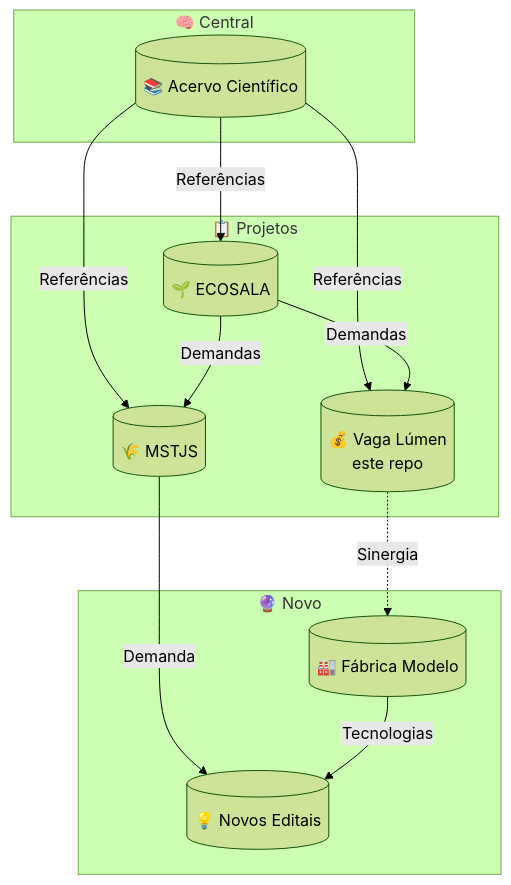
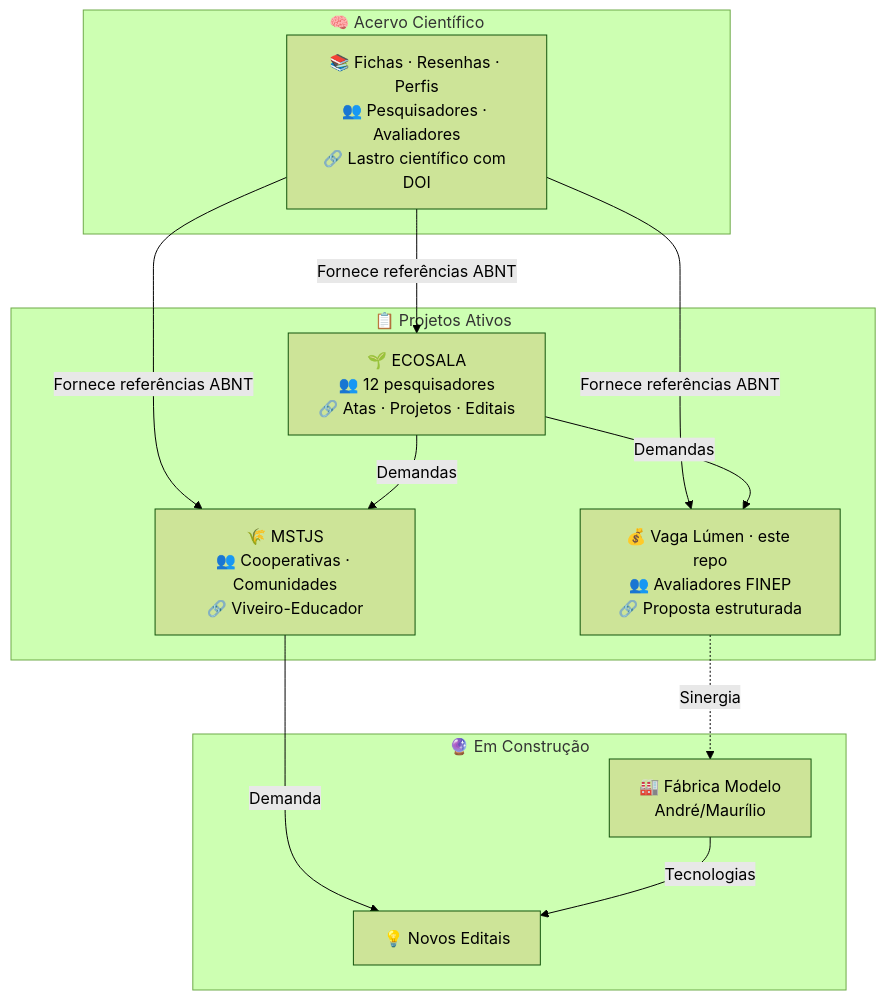
The diagram in README.md (takwaratec/fundo-vaga-lumen-2026), drawn with Mermaid (forest theme) before and after one commit. The commit also changed other lines of this file, not shown here.

Commit message:
feat: nova intro Morin + 7 Licoes Bambu, aviso seletivo, Mermaid com identidade/publico/relacao

````diff
--- a/README.md
+++ b/README.md
@@ -23,23 +21,23 @@
 ```mermaid
 flowchart TB
-    subgraph Central["🧠 Central"]
-        AC[("📚 Acervo Científico")]
+    subgraph Central["🧠 Acervo Científico"]
+        AC["📚 Fichas · Resenhas · Perfis<br/>👥 Pesquisadores · Avaliadores<br/>🔗 Lastro científico com DOI"]
     end
-    subgraph Ativos["📋 Projetos"]
-        EC[("🌱 ECOSALA")]
-        VL[("💰 Vaga Lúmen<br/>este repo")]
-        MJ[("🌾 MSTJS")]
+    subgraph Projetos["📋 Projetos Ativos"]
+        EC["🌱 ECOSALA<br/>👥 12 pesquisadores<br/>🔗 Atas · Projetos · Editais"]
+        VL["💰 Vaga Lúmen · este repo<br/>👥 Avaliadores FINEP<br/>🔗 Proposta estruturada"]
+        MJ["🌾 MSTJS<br/>👥 Cooperativas · Comunidades<br/>🔗 Viveiro-Educador"]
     end
-    subgraph Futuro["🔮 Novo"]
-        FM[("🏭 Fábrica Modelo")]
-        NB[("💡 Novos Editais")]
+    subgraph Futuro["🔮 Em Construção"]
+        FM["🏭 Fábrica Modelo<br/>André/Maurílio"]
+        NB["💡 Novos Editais"]
     end
-    AC -->|Referências| EC
-    AC -->|Referências| VL
-    AC -->|Referências| MJ
-    EC -->|Demandas| VL
-    EC -->|Demandas| MJ
-    VL -.->|Sinergia| FM
-    MJ -->|Demanda| NB
-    FM -->|Tecnologias| NB
+    AC -->|"Fornece referências ABNT"| EC
+    AC -->|"Fornece referências ABNT"| VL
+    AC -->|"Fornece referências ABNT"| MJ
+    EC -->|"Demandas"| VL
+    EC -->|"Demandas"| MJ
+    VL -.->|"Sinergia"| FM
+    MJ -->|"Demanda"| NB
+    FM -->|"Tecnologias"| NB
 ```
````
